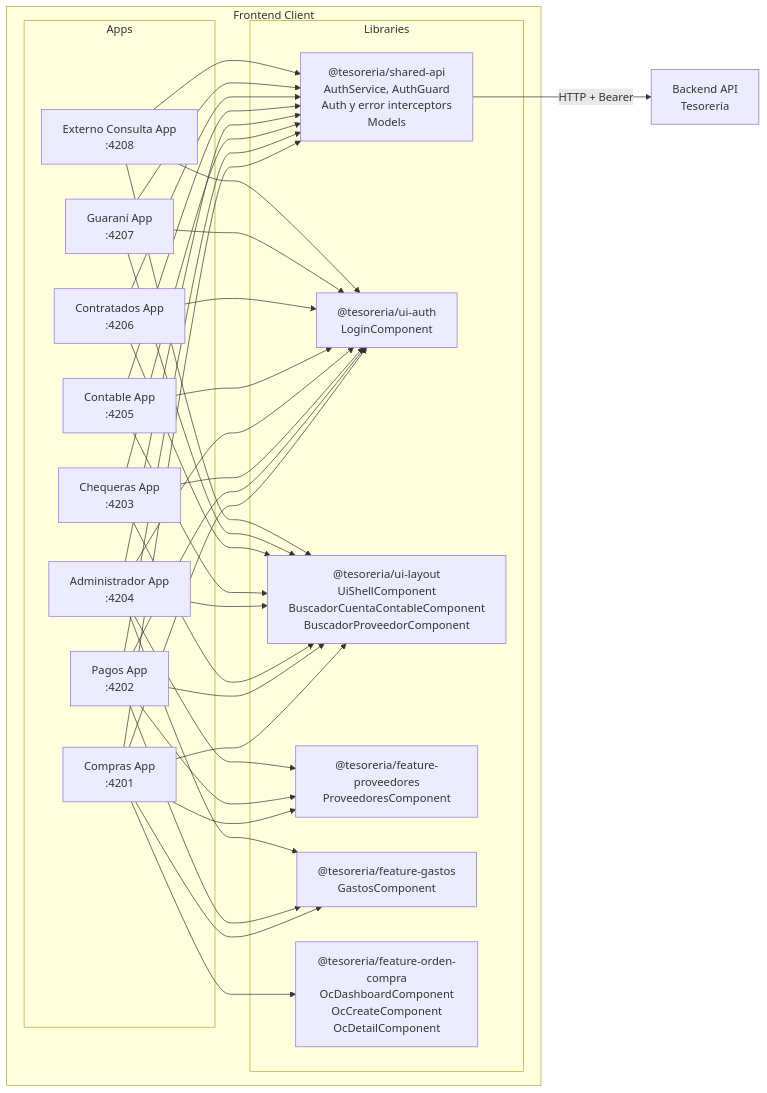
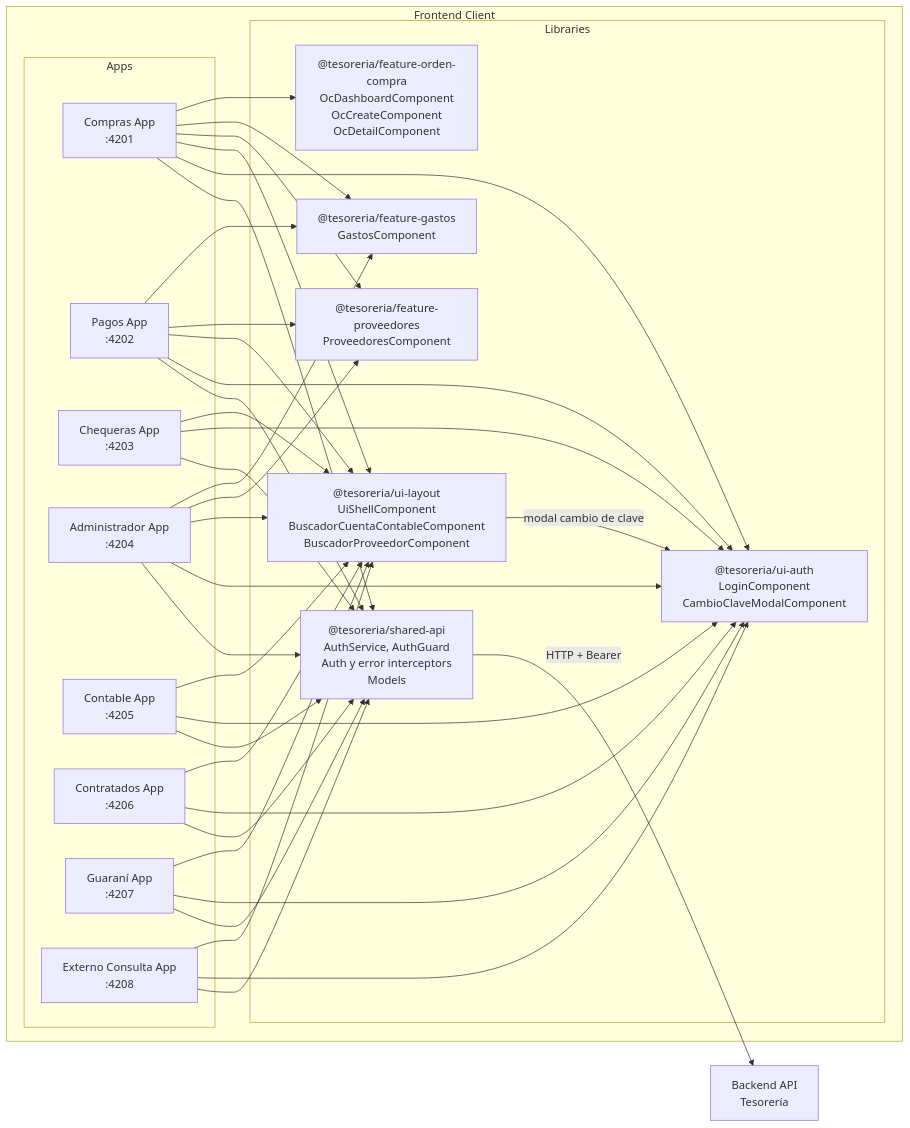
Before and after one commit to UM-services/UM.tesoreria.frontend-client: the first of 8 diagrams in docs/architecture.md, drawn with Mermaid. The commit also changed other lines of this file and 4 other files, not shown here.

````diff
--- a/docs/architecture.md
+++ b/docs/architecture.md
@@ -5,65 +5,67 @@
 ```mermaid
     flowchart LR
     subgraph "Frontend Client"
         subgraph "Apps"
             Compras["Compras App<br/>:4201"]
             Pagos["Pagos App<br/>:4202"]
             Chequeras["Chequeras App<br/>:4203"]
             Admin["Administrador App<br/>:4204"]
             Contable["Contable App<br/>:4205"]
             Contratados["Contratados App<br/>:4206"]
             Guarani["Guaraní App<br/>:4207"]
             ExternoConsulta["Externo Consulta App<br/>:4208"]
         end
 
         subgraph "Libraries"
             SharedAPI["@tesoreria/shared-api<br/>AuthService, AuthGuard<br/>Auth y error interceptors<br/>Models"]
-            UIAuth["@tesoreria/ui-auth<br/>LoginComponent"]
+            UIAuth["@tesoreria/ui-auth<br/>LoginComponent<br/>CambioClaveModalComponent"]
             UILayout["@tesoreria/ui-layout<br/>UiShellComponent<br/>BuscadorCuentaContableComponent<br/>BuscadorProveedorComponent"]
             FeatureProveedores["@tesoreria/feature-proveedores<br/>ProveedoresComponent"]
             FeatureGastos["@tesoreria/feature-gastos<br/>GastosComponent"]
             FeatureOrdenCompra["@tesoreria/feature-orden-compra<br/>OcDashboardComponent<br/>OcCreateComponent<br/>OcDetailComponent"]
         end
     end
 
     Compras --> SharedAPI
     Compras --> UIAuth
     Compras --> UILayout
     Compras --> FeatureProveedores
     Compras --> FeatureGastos
     Compras --> FeatureOrdenCompra
 
     Pagos --> SharedAPI
     Pagos --> UIAuth
     Pagos --> UILayout
     Pagos --> FeatureProveedores
     Pagos --> FeatureGastos
 
     Chequeras --> SharedAPI
     Chequeras --> UIAuth
     Chequeras --> UILayout
 
     Admin --> SharedAPI
     Admin --> UIAuth
     Admin --> UILayout
     Admin --> FeatureProveedores
     Admin --> FeatureGastos
 
     Contable --> SharedAPI
     Contable --> UIAuth
     Contable --> UILayout
 
     Contratados --> SharedAPI
     Contratados --> UIAuth
     Contratados --> UILayout
 
     Guarani --> SharedAPI
     Guarani --> UIAuth
     Guarani --> UILayout
 
     ExternoConsulta --> SharedAPI
     ExternoConsulta --> UIAuth
     ExternoConsulta --> UILayout
 
+    UILayout -->|"modal cambio de clave"| UIAuth
+
     SharedAPI -->|"HTTP + Bearer"| BackendAPI["Backend API<br/>Tesorería"]
 ```
````
